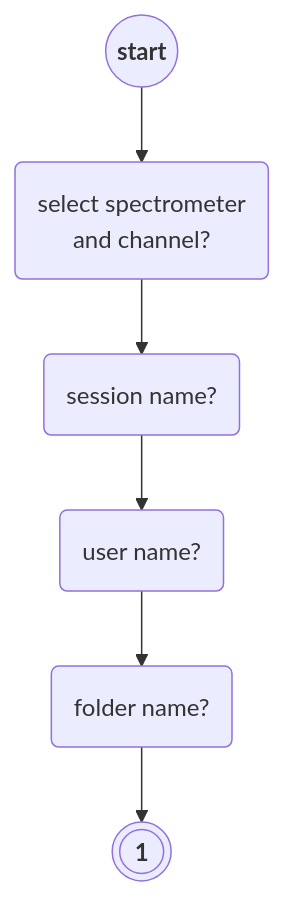
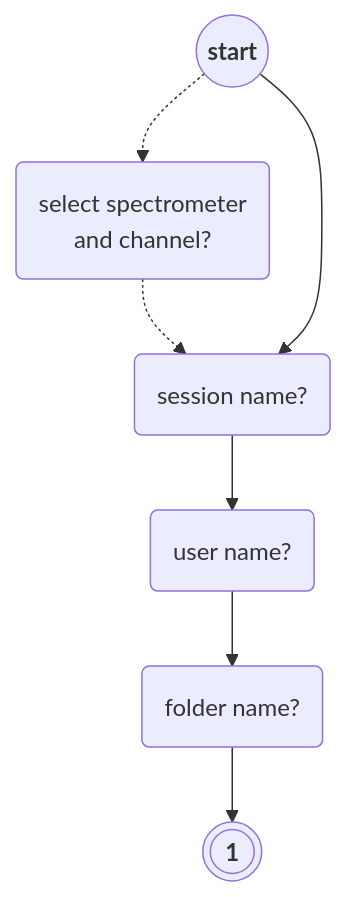
One commit to aphalo/r4p-blog changed the second of 14 diagrams in pages/acq-irrad-tutorial.qmd. Above: the diagram before and after it, drawn with Mermaid. The commit also changed other lines of this file and 5 other files, not shown here.

````diff
--- a/pages/acq-irrad-tutorial.qmd
+++ b/pages/acq-irrad-tutorial.qmd
@@ -168,8 +187,9 @@
 ```{mermaid}
 %%| label: fig-startup-diagram
-%%| fig-cap: Flow chart of the user interaction at the start of a data acquisition session.
+%%| fig-cap: Flow chart of the user interaction at the start of a data acquisition session. The dotted line is active only if there are more than one spectrometer connected or if the spectrometer connected has more than one channel.
 %%| fig-align: center
 flowchart TB
-  A((<b>start</b>)) --> B(select spectrometer\nand channel?)
-  B --> C(session name?) --> C1(user name?) --> D(folder name?) --> E(((<b>1</b>)))
+  A((<b>start</b>)) -.-> B(select spectrometer\nand channel?)
+  B -.-> C(session name?) --> C1(user name?) --> D(folder name?) --> E(((<b>1</b>)))
+  A --> C
 ```
````
